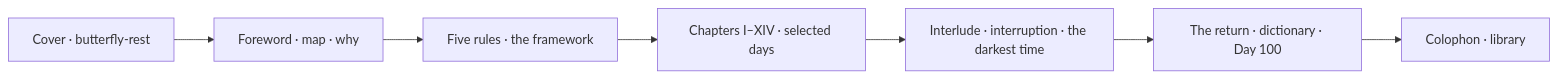
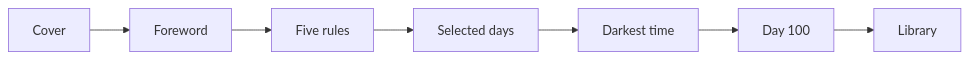
Before and after one commit to Nonarkara/100-days-of-solitude: the first of 2 diagrams in README.md, drawn with Mermaid.

Commit message:
Shorten README mermaid labels so GitHub does not clip the path
The first How-to-read diagram was an LR flowchart whose node titles
overflowed GitHub's mermaid pane. Keep the same spread order with
shorter labels; the surrounding prose already names the chapters.

````diff
--- a/README.md
+++ b/README.md
@@ -98,9 +98,9 @@
 ```mermaid
 flowchart LR
-  Cover["Cover · butterfly-rest"] --> Front["Foreword · map · why"]
-  Front --> Practice["Five rules · the framework"]
-  Practice --> Days["Chapters I–XIV · selected days"]
-  Days --> Dark["Interlude · interruption · the darkest time"]
-  Dark --> Return["The return · dictionary · Day 100"]
-  Return --> End["Colophon · library"]
+  Cover[Cover] --> Front[Foreword]
+  Front --> Practice[Five rules]
+  Practice --> Days[Selected days]
+  Days --> Dark[Darkest time]
+  Dark --> Return[Day 100]
+  Return --> End[Library]
 ```
````
